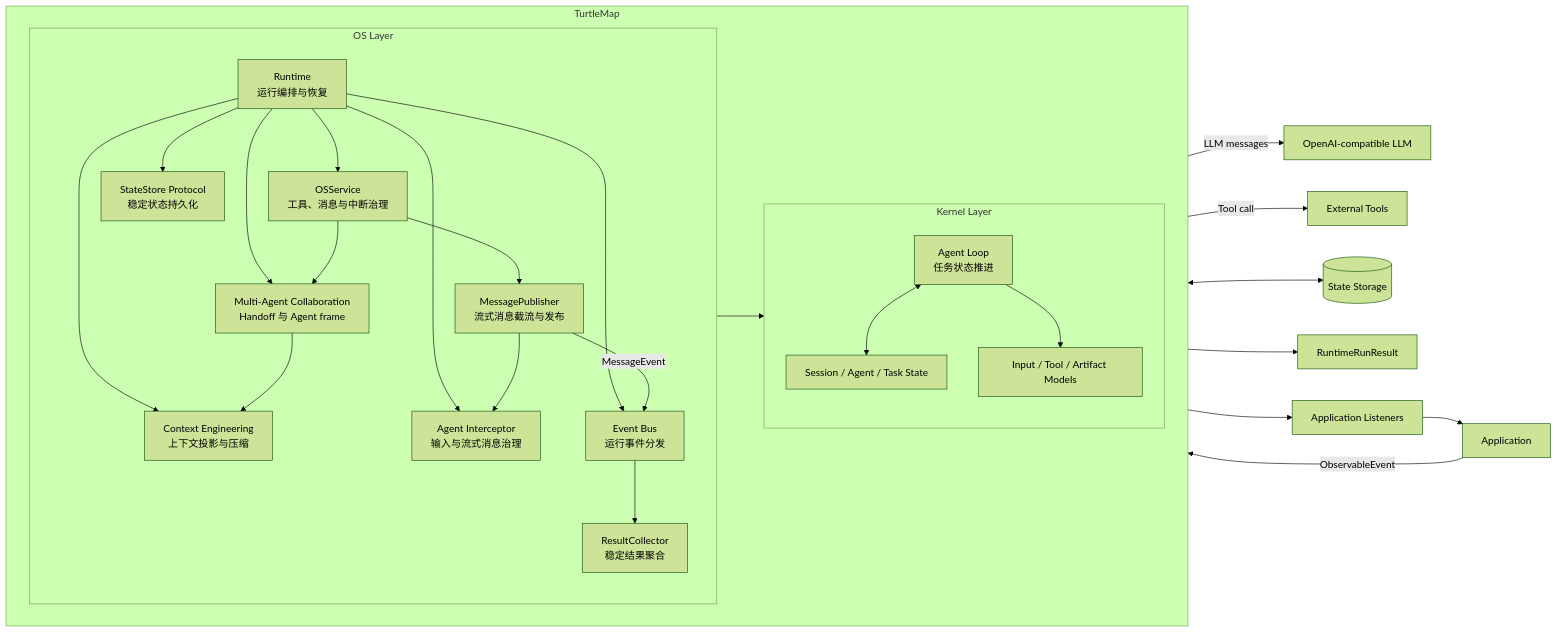
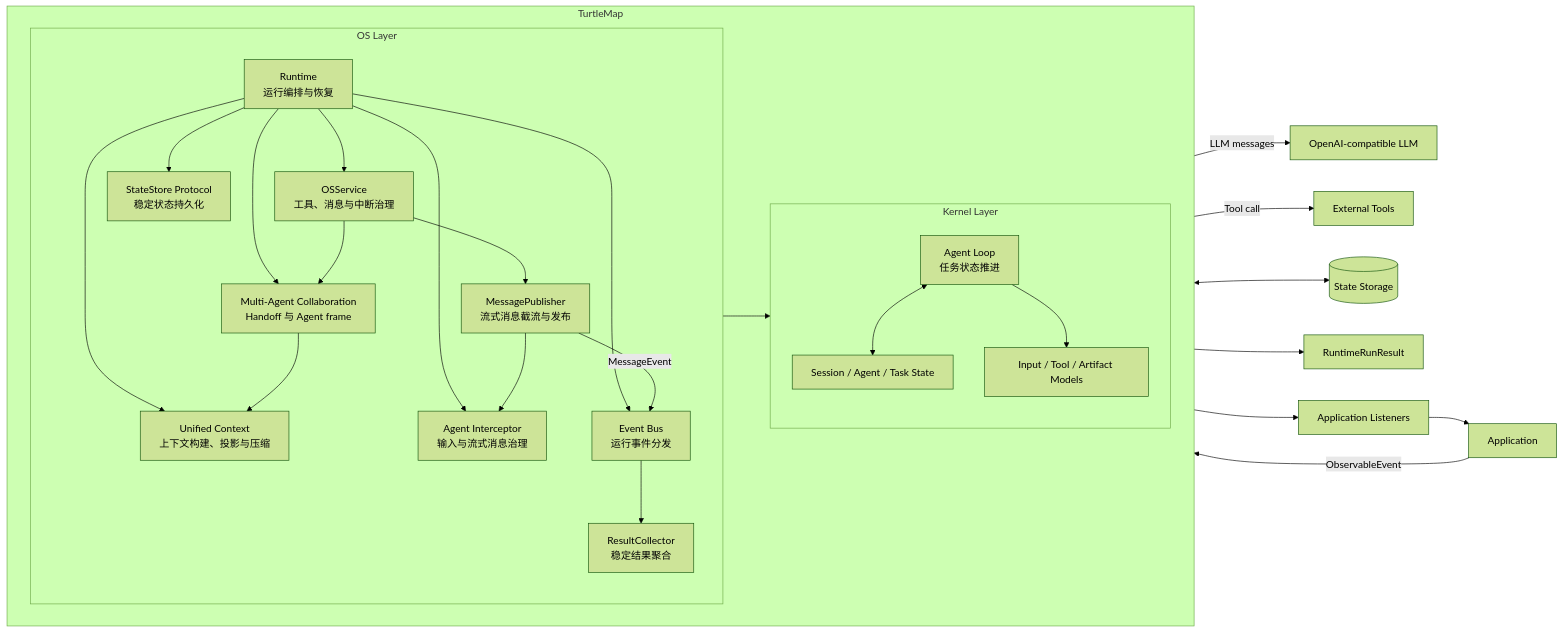
Before and after one commit to AkteamYang/turtlemap: the first of 2 diagrams in README.md, drawn with Mermaid (forest theme). The commit also changed other lines of this file, not shown here.

````diff
--- a/README.md
+++ b/README.md
@@ -72,50 +72,50 @@
 ```mermaid
 flowchart LR
     Application[Application] -->|ObservableEvent| Runtime
 
     subgraph TurtleMap
         direction LR
 
         subgraph OS[OS Layer]
             direction TB
             Runtime[Runtime<br/>运行编排与恢复]
-            Context[Context Engineering<br/>上下文投影与压缩]
+            Context[Unified Context<br/>上下文构建、投影与压缩]
             Collaboration[Multi-Agent Collaboration<br/>Handoff 与 Agent frame]
             Service[OSService<br/>工具、消息与中断治理]
             Interceptor[Agent Interceptor<br/>输入与流式消息治理]
             Publisher[MessagePublisher<br/>流式消息截流与发布]
             Store[StateStore Protocol<br/>稳定状态持久化]
             Bus[Event Bus<br/>运行事件分发]
             Collector[ResultCollector<br/>稳定结果聚合]
         end
 
         subgraph Kernel[Kernel Layer]
             direction TB
             Loop[Agent Loop<br/>任务状态推进]
             State[Session / Agent / Task State]
             Model[Input / Tool / Artifact Models]
         end
     end
 
     Runtime --> Loop
     Runtime --> Context
     Runtime --> Collaboration
     Runtime --> Service
     Runtime --> Interceptor
     Runtime --> Store
     Runtime --> Bus
     Loop <--> State
     Loop --> Model
     Collaboration --> Context
     Context -->|LLM messages| LLM[OpenAI-compatible LLM]
     Service --> Publisher
     Service --> Collaboration
     Publisher --> Interceptor
     Service -->|Tool call| Tools[External Tools]
     Publisher -->|MessageEvent| Bus
     Store <--> Storage[(State Storage)]
     Bus --> Collector
     Collector --> Result[RuntimeRunResult]
     Bus --> Listener[Application Listeners]
     Listener --> Application
 ```
````
